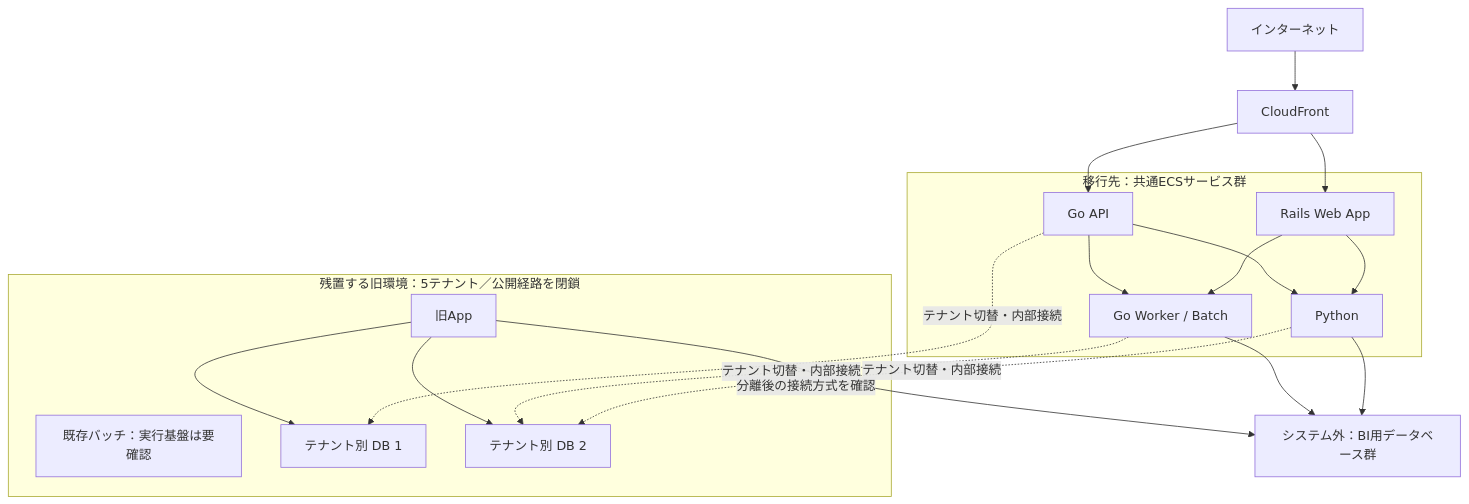
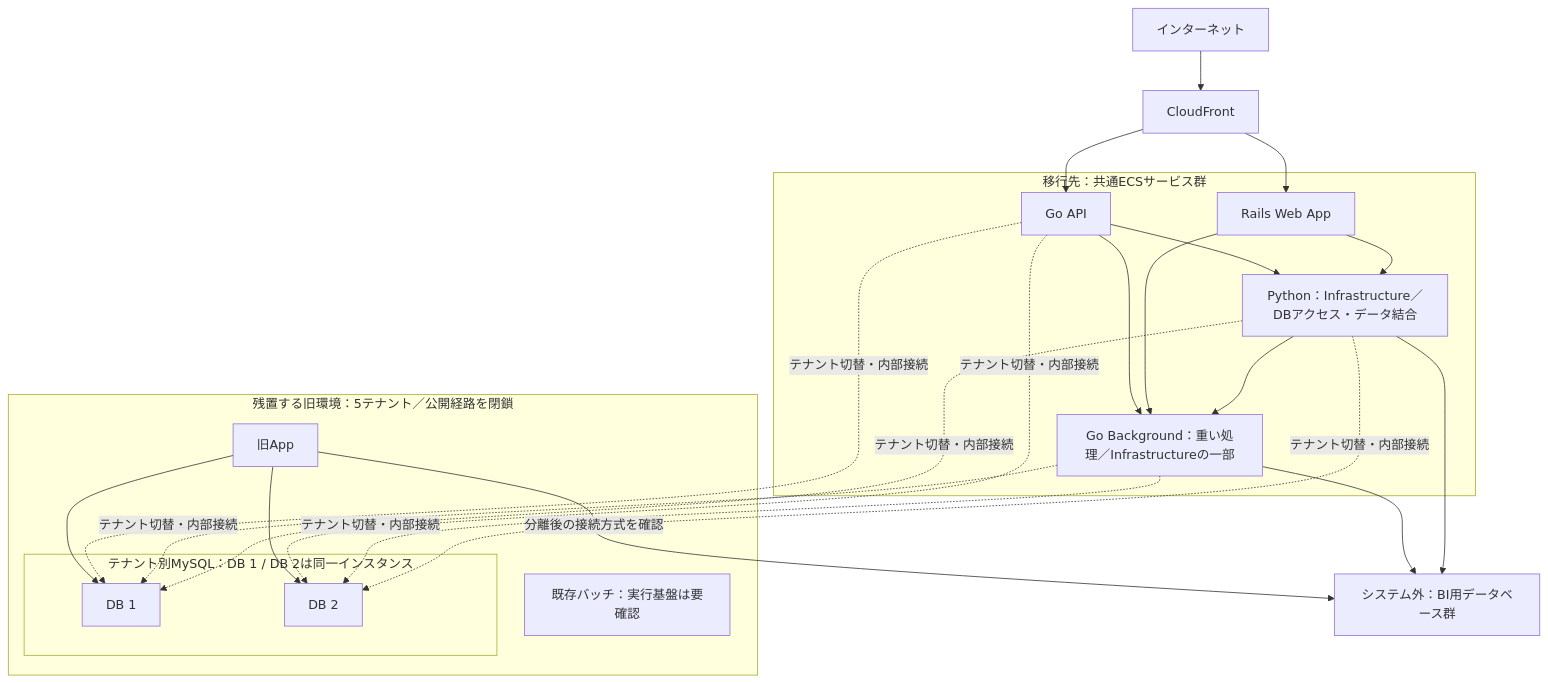
Before and after one commit to rxsxkxd/pk: the diagram in ff/README.md, drawn with Mermaid. The commit also changed other lines of this file and 2 other files, not shown here.

````diff
--- a/ff/README.md
+++ b/ff/README.md
@@ -96,31 +108,37 @@
 ```mermaid
 flowchart TB
     Internet[インターネット] --> CF[CloudFront]
     subgraph ECS[移行先：共通ECSサービス群]
         API[Go API]
         Web[Rails Web App]
-        Worker[Go Worker / Batch]
-        Python[Python]
+        Worker[Go Background：重い処理／Infrastructureの一部]
+        Python[Python：Infrastructure／DBアクセス・データ結合]
         API --> Worker
         API --> Python
         Web --> Worker
         Web --> Python
+        Python --> Worker
     end
     CF --> API
     CF --> Web
     subgraph Legacy[残置する旧環境：5テナント／公開経路を閉鎖]
         App[旧App]
         Batch[既存バッチ：実行基盤は要確認]
-        DB1[テナント別 DB 1]
-        DB2[テナント別 DB 2]
+        subgraph MySQL[テナント別MySQL：DB 1 / DB 2は同一インスタンス]
+            DB1[DB 1]
+            DB2[DB 2]
+        end
         App --> DB1
         App --> DB2
     end
     API -. テナント切替・内部接続 .-> DB1
+    API -. テナント切替・内部接続 .-> DB2
+    Worker -. テナント切替・内部接続 .-> DB1
     Worker -. テナント切替・内部接続 .-> DB2
     Python -. テナント切替・内部接続 .-> DB2
+    Python -. テナント切替・内部接続 .-> DB1
     BI[システム外：BI用データベース群]
     App -->|分離後の接続方式を確認| BI
     Worker --> BI
     Python --> BI
 ```
````
